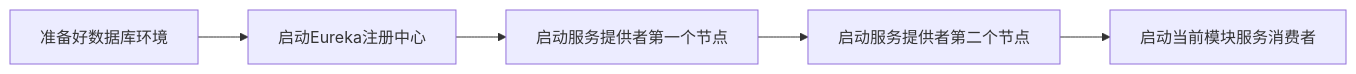
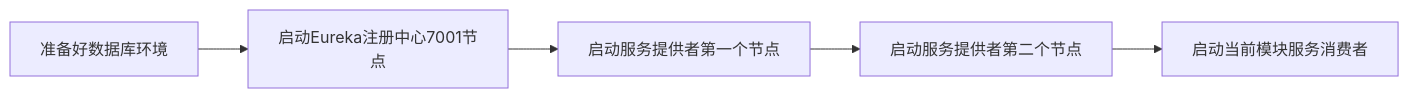
The diagram in docs/blogs/backend/springcloud/springcloud-eureka/shardings/springcloud-eureka-chapter-4.搭建第一个微服务应用.md (lingwh1995/blog), drawn with Mermaid before and after one commit. The commit also changed other lines of this file and 1716 other files, not shown here.

````diff
--- a/docs/blogs/backend/springcloud/springcloud-eureka/shardings/springcloud-eureka-chapter-4.搭建第一个微服务应用.md
+++ b/docs/blogs/backend/springcloud/springcloud-eureka/shardings/springcloud-eureka-chapter-4.搭建第一个微服务应用.md
@@ -89,7 +136,7 @@
 ```mermaid
 flowchart LR
-    准备好数据库环境-->启动Eureka注册中心
-    启动Eureka注册中心-->启动服务提供者第一个节点
+    准备好数据库环境-->启动Eureka注册中心7001节点
+    启动Eureka注册中心7001节点-->启动服务提供者第一个节点
     启动服务提供者第一个节点-->启动服务提供者第二个节点
     启动服务提供者第二个节点-->启动当前模块服务消费者
 ```
````
